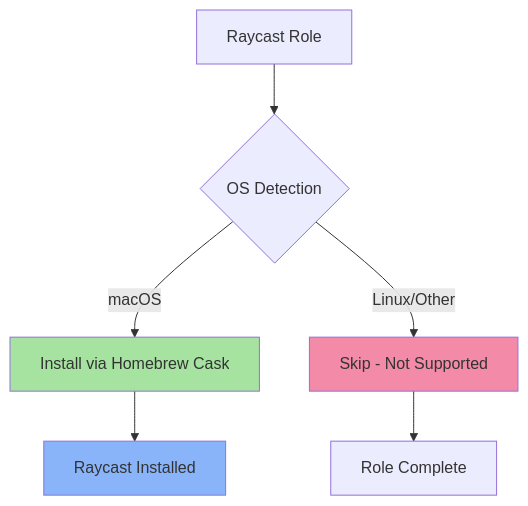
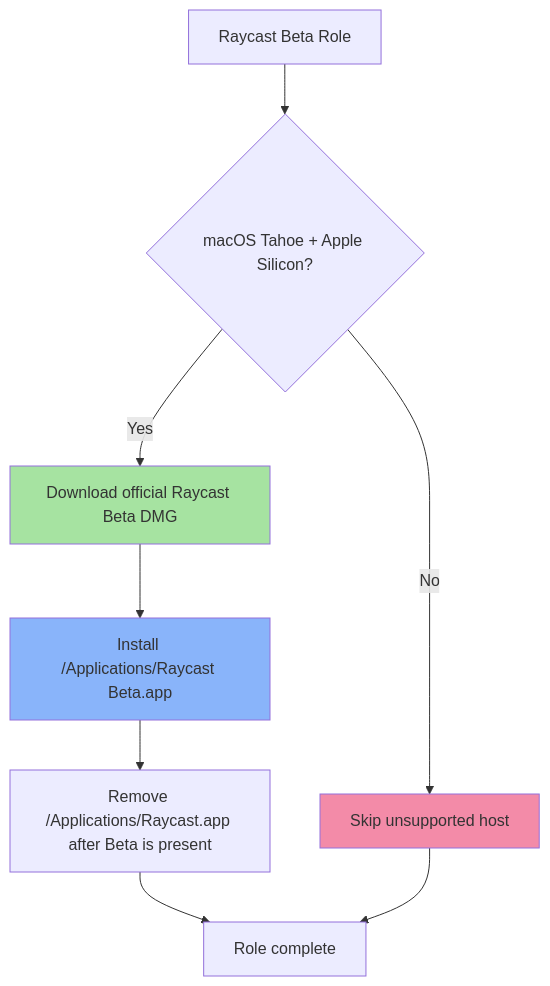
The diagram in dotfiles/roles/raycast/README.md (uarslandev/infra), drawn with Mermaid before and after one commit. The commit also changed other lines of this file and 2 other files, not shown here.

First line of the commit message:
feat(raycast): install beta app

````diff
--- a/dotfiles/roles/raycast/README.md
+++ b/dotfiles/roles/raycast/README.md
@@ -40,12 +40,14 @@
 ```mermaid
 flowchart TD
-    A[Raycast Role] --> B{OS Detection}
-    B -->|macOS| C[Install via Homebrew Cask]
-    B -->|Linux/Other| D[Skip - Not Supported]
-    C --> E[Raycast Installed]
-    D --> F[Role Complete]
+    A[Raycast Beta Role] --> B{macOS Tahoe + Apple Silicon?}
+    B -->|Yes| C[Download official Raycast Beta DMG]
+    C --> D[Install /Applications/Raycast Beta.app]
+    D --> E[Remove /Applications/Raycast.app after Beta is present]
+    B -->|No| F[Skip unsupported host]
+    E --> G[Role complete]
+    F --> G
 
     style C fill:#a6e3a1
-    style D fill:#f38ba8
-    style E fill:#89b4fa
+    style D fill:#89b4fa
+    style F fill:#f38ba8
 ```
````
